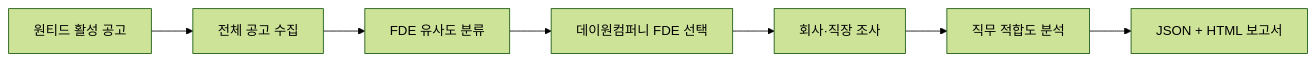
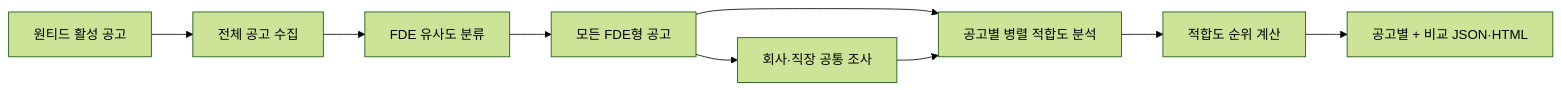
One commit to surus213/fde_fit changed the first of 3 diagrams in README.md. Above: the diagram before and after it, drawn with Mermaid (forest theme). The commit also changed other lines of this file and 7 other files, not shown here.

````diff
--- a/README.md
+++ b/README.md
@@ -18,9 +18,11 @@
 ```mermaid
 flowchart LR
   A[원티드 활성 공고] --> B[전체 공고 수집]
   B --> C[FDE 유사도 분류]
-  C --> D[데이원컴퍼니 FDE 선택]
-  D --> E[회사·직장 조사]
-  E --> F[직무 적합도 분석]
-  F --> G[JSON + HTML 보고서]
+  C --> D[모든 FDE형 공고]
+  D --> E[회사·직장 공통 조사]
+  D --> F[공고별 병렬 적합도 분석]
+  E --> F
+  F --> G[적합도 순위 계산]
+  G --> H[공고별 + 비교 JSON·HTML]
 ```
````
